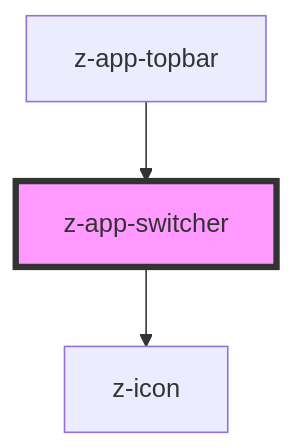
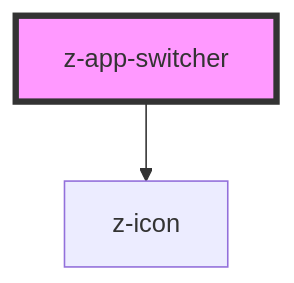
Before and after one commit to ZanichelliEditore/design-system: the diagram in src/components/navigation/z-app-switcher/readme.md, drawn with Mermaid. The commit also changed other lines of this file and 9 other files, not shown here.

````diff
--- a/src/components/navigation/z-app-switcher/readme.md
+++ b/src/components/navigation/z-app-switcher/readme.md
@@ -31,6 +27,5 @@
 ```mermaid
 graph TD;
   z-app-switcher --> z-icon
-  z-app-topbar --> z-app-switcher
   style z-app-switcher fill:#f9f,stroke:#333,stroke-width:4px
 ```
````
